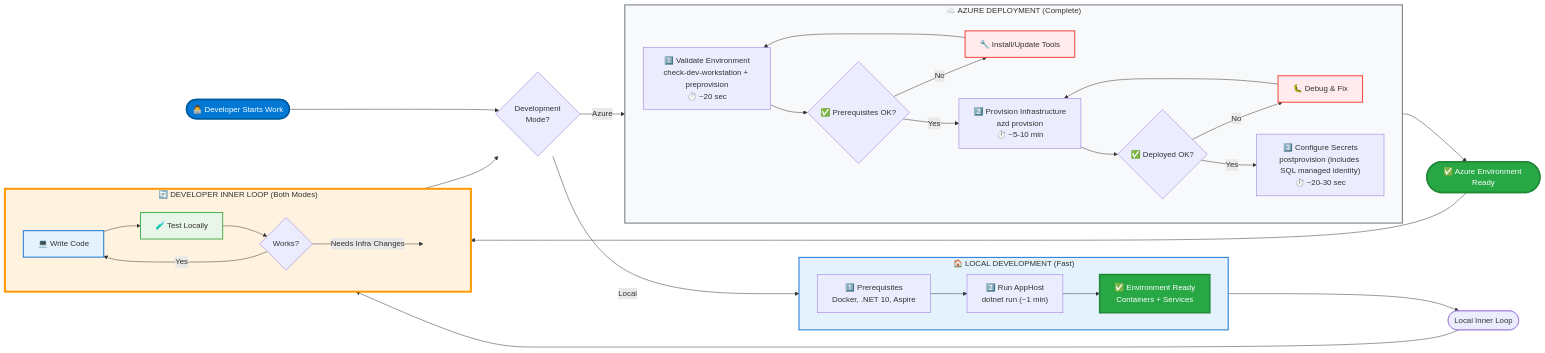
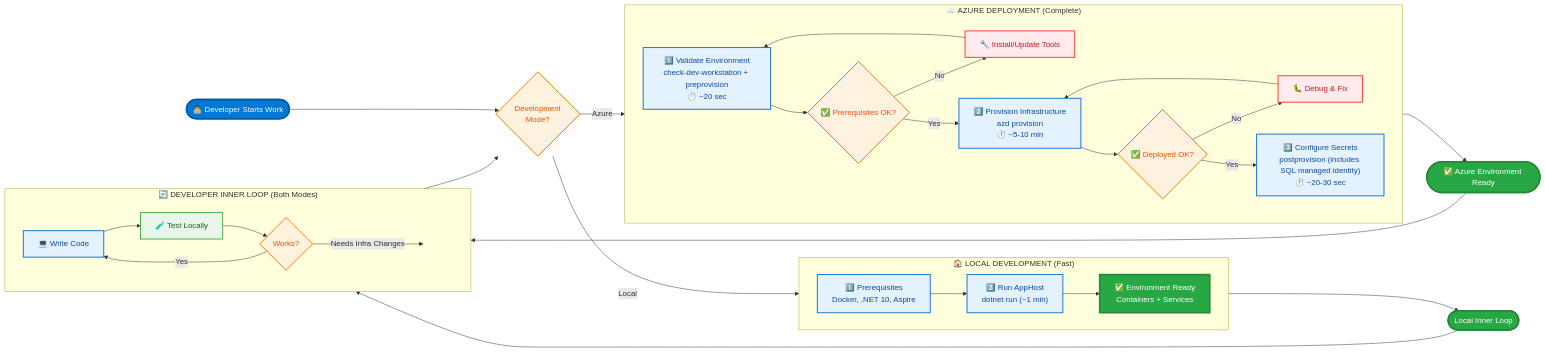
One commit to Evilazaro/Azure-LogicApps-Monitoring changed the second of 3 diagrams in docs/hooks/README.md. Above: the diagram before and after it, drawn with Mermaid. The commit also changed other lines of this file, not shown here.

Commit message:
Refactor flowchart styling in README to use class definitions for improved readability and maintainability

````diff
--- a/docs/hooks/README.md
+++ b/docs/hooks/README.md
@@ -258,59 +267,63 @@
 ```mermaid
 flowchart LR
     Start([👨‍💻 Developer Starts Work]) --> ModeChoice{Development<br/>Mode?}
 
     ModeChoice -->|Local| LocalSetup
     ModeChoice -->|Azure| AzureSetup
 
     subgraph LocalSetup["🏠 LOCAL DEVELOPMENT (Fast)"]
         direction LR
         LocalPrereq["1️⃣ Prerequisites<br/>Docker, .NET 10, Aspire"]
         LocalPrereq --> LocalRun["2️⃣ Run AppHost<br/>dotnet run (~1 min)"]
         LocalRun --> LocalReady["✅ Environment Ready<br/>Containers + Services"]
     end
 
     subgraph AzureSetup["☁️ AZURE DEPLOYMENT (Complete)"]
         direction LR
         Validate["1️⃣ Validate Environment<br/>check-dev-workstation + preprovision<br/>⏱️ ~20 sec"]
         Validate --> CheckValid{✅ Prerequisites OK?}
         CheckValid --> |No| Fix[🔧 Install/Update Tools]
         Fix --> Validate
         CheckValid --> |Yes| Provision
 
         Provision["2️⃣ Provision Infrastructure<br/>azd provision<br/>⏱️ ~5-10 min"]
         Provision --> CheckDeploy{✅ Deployed OK?}
         CheckDeploy --> |No| Debug[🐛 Debug & Fix]
         Debug --> Provision
         CheckDeploy --> |Yes| Configure
 
         Configure["3️⃣ Configure Secrets<br/>postprovision (includes SQL managed identity)<br/>⏱️ ~20-30 sec"]
     end
 
     LocalReady --> LocalLoop([Local Inner Loop])
     Configure --> AzureReady([✅ Azure Environment Ready])
     AzureReady --> DevLoop
 
     subgraph DevLoop["🔄 DEVELOPER INNER LOOP (Both Modes)"]
         direction LR
         Code[💻 Write Code] --> Test[🧪 Test Locally]
         Test --> Review{Works?}
         Review --> |Yes| Code
         Review --> |Needs Infra Changes| ExitLoop[ ]
     end
 
     ExitLoop --> ModeChoice
 
     LocalLoop --> Code
 
-    style Start fill:#0078d4,stroke:#005a9e,stroke-width:3px,color:#fff
-    style LocalReady fill:#28a745,stroke:#218838,stroke-width:3px,color:#fff
-    style AzureReady fill:#28a745,stroke:#218838,stroke-width:3px,color:#fff
-    style LocalSetup fill:#e3f2fd,stroke:#1976d2,stroke-width:2px
-    style AzureSetup fill:#f8f9fa,stroke:#6c757d,stroke-width:2px
-    style DevLoop fill:#fff3e0,stroke:#ff9800,stroke-width:4px
-    style Code fill:#e3f2fd,stroke:#1976d2,stroke-width:2px
-    style Test fill:#e8f5e9,stroke:#4caf50,stroke-width:2px
-    style Fix fill:#ffebee,stroke:#f44336,stroke-width:2px
-    style Debug fill:#ffebee,stroke:#f44336,stroke-width:2px
-    style ExitLoop fill:none,stroke:none
+    classDef startEnd fill:#0078d4,stroke:#005a9e,stroke-width:3px,color:#fff
+    classDef ready fill:#28a745,stroke:#218838,stroke-width:3px,color:#fff
+    classDef process fill:#e3f2fd,stroke:#1976d2,stroke-width:2px,color:#0d47a1
+    classDef success fill:#e8f5e9,stroke:#4caf50,stroke-width:2px,color:#1b5e20
+    classDef decision fill:#fff3e0,stroke:#f57c00,stroke-width:2px,color:#e65100
+    classDef debug fill:#ffebee,stroke:#f44336,stroke-width:2px,color:#b71c1c
+    classDef invisible fill:none,stroke:none
+
+    class Start startEnd
+    class LocalReady,AzureReady,LocalLoop ready
+    class LocalPrereq,LocalRun,Validate,Provision,Configure,Code process
+    class Test success
+    class ModeChoice,CheckValid,CheckDeploy,Review decision
+    class Fix,Debug debug
+    class ExitLoop invisible
 ```
````
